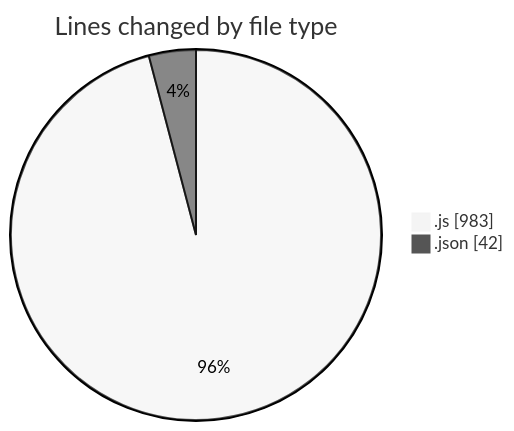
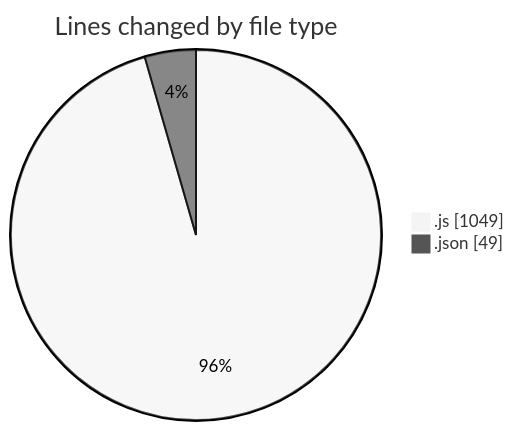
One commit to lephambinh05/code-tracking changed the first of 2 diagrams in 2025-07-10/mail-listener2-0_1_3/README.md. Above: the diagram before and after it, drawn with Mermaid (neutral theme). The commit also changed other lines of this file and 1 other file, not shown here.

````diff
--- a/2025-07-10/mail-listener2-0_1_3/README.md
+++ b/2025-07-10/mail-listener2-0_1_3/README.md
@@ -25,6 +26,6 @@
 ```mermaid
 pie showData
 title Lines changed by file type
-".js" : 983
-".json" : 42
+".js" : 1049
+".json" : 49
 ```
````
